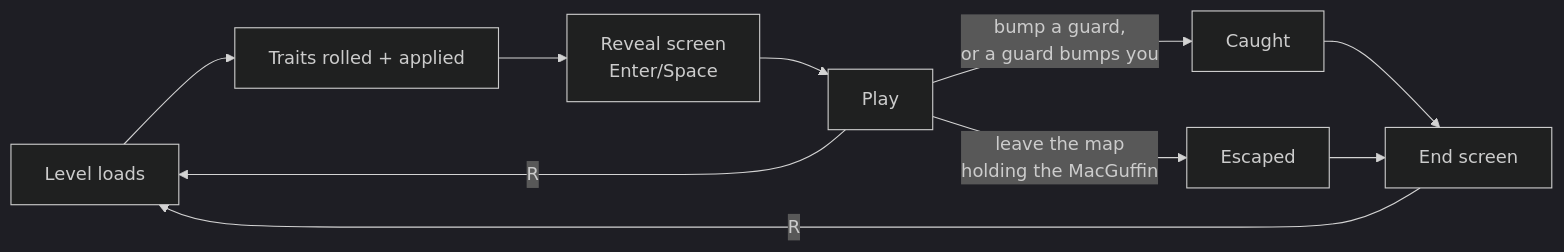
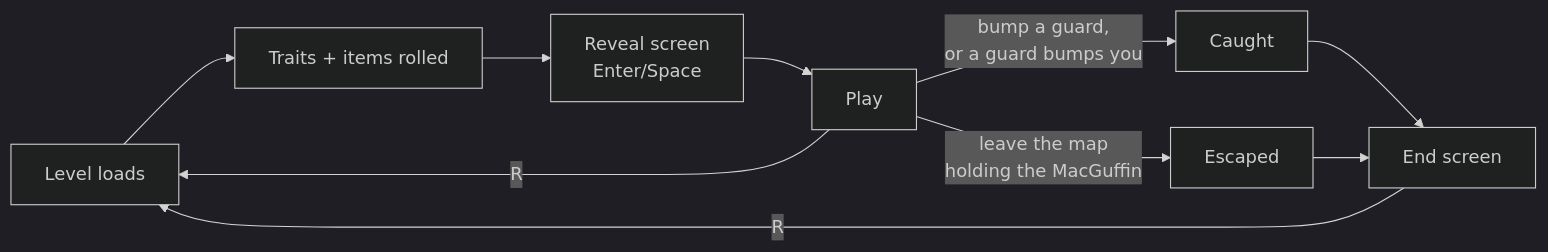
Before and after one commit to RayCPreston/ill-goblin-gains: the diagram in docs/systems/run-lifecycle.md, drawn with Mermaid (dark theme). The commit also changed other lines of this file and 37 other files, not shown here.

````diff
--- a/docs/systems/run-lifecycle.md
+++ b/docs/systems/run-lifecycle.md
@@ -13,12 +13,12 @@
 ```mermaid
 flowchart LR
-    L[Level loads] --> R[Traits rolled + applied]
+    L[Level loads] --> R[Traits + items rolled]
     R --> M[Reveal screen<br/>Enter/Space]
     M --> P[Play]
     P -->|bump a guard,<br/>or a guard bumps you| X[Caught]
     P -->|leave the map<br/>holding the MacGuffin| W[Escaped]
     X --> E[End screen]
     W --> E
     E -->|R| L
     P -->|R| L
 ```
````
